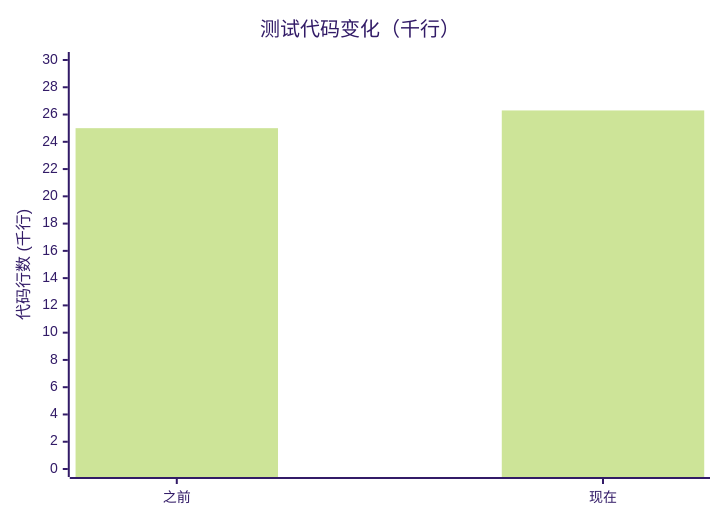
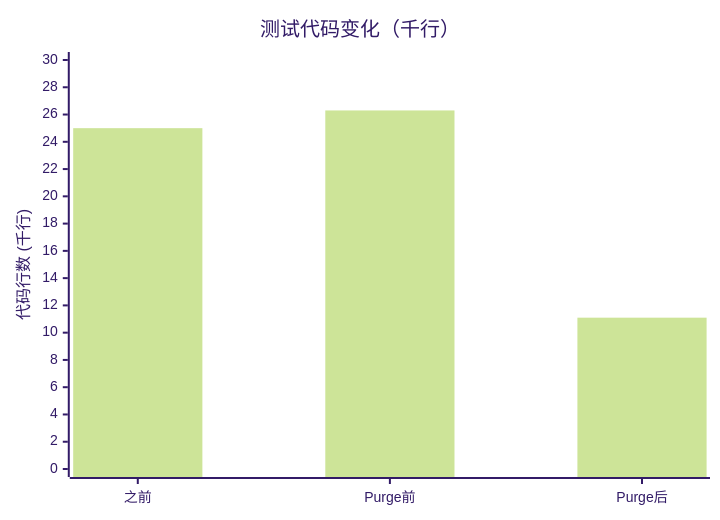
The ninth of 10 diagrams in PRODUCTION_CODE_ESTIMATE.md (esir-nus/smart-sales-main), drawn with Mermaid (forest theme) before and after one commit. The commit also changed other lines of this file, not shown here.

````diff
--- a/PRODUCTION_CODE_ESTIMATE.md
+++ b/PRODUCTION_CODE_ESTIMATE.md
@@ -460,7 +458,7 @@
 ```mermaid
 xychart-beta
     title "测试代码变化（千行）"
-    x-axis ["之前", "现在"]
+    x-axis ["之前", "Purge前", "Purge后"]
     y-axis "代码行数 (千行)" 0 --> 30
-    bar [25.0, 26.3]
+    bar [25.0, 26.3, 11.1]
 ```
````
